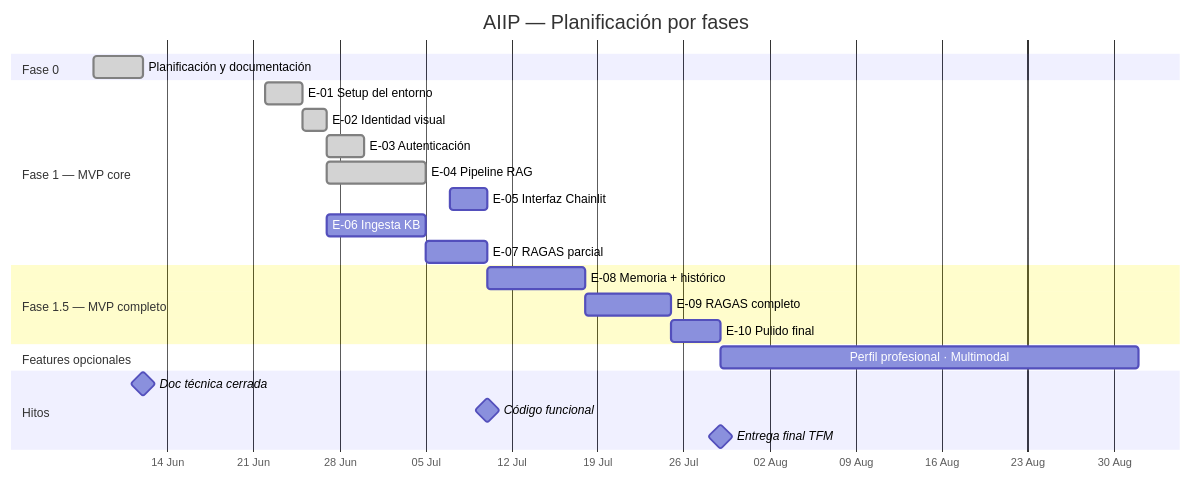
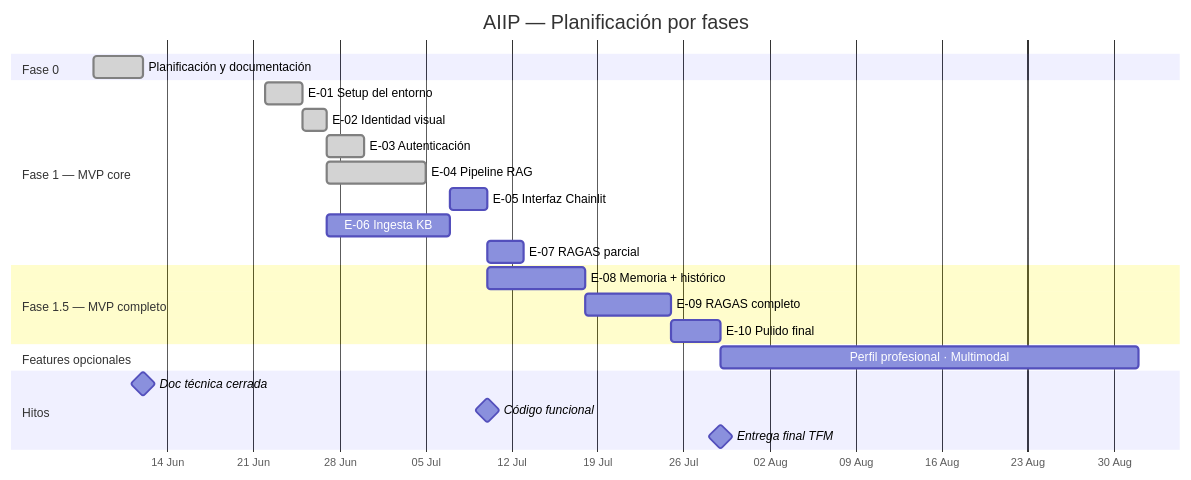
Before and after one commit to mimpho/aiip: the diagram in README.md, drawn with Mermaid. The commit also changed other lines of this file and 17 other files, not shown here.

````diff
--- a/README.md
+++ b/README.md
@@ -60,31 +60,31 @@
 ```mermaid
 gantt
     title AIIP — Planificación por fases
     dateFormat  YYYY-MM-DD
     axisFormat  %d %b
 
     section Fase 0
     Planificación y documentación     :done,    f0, 2026-06-08, 2026-06-12
 
     section Fase 1 — MVP core
     E-01 Setup del entorno            :done,    e01, 2026-06-22, 2026-06-25
     E-02 Identidad visual             :done,    e02, 2026-06-25, 2026-06-27
     E-03 Autenticación                :done,    e03, 2026-06-27, 2026-06-30
     E-04 Pipeline RAG                 :done,    e04, 2026-06-27, 2026-07-05
     E-05 Interfaz Chainlit            :         e05, 2026-07-07, 2026-07-10
-    E-06 Ingesta KB                   :         e06, 2026-06-27, 2026-07-05
-    E-07 RAGAS parcial                :         e07, 2026-07-05, 2026-07-10
+    E-06 Ingesta KB                   :         e06, 2026-06-27, 2026-07-07
+    E-07 RAGAS parcial                :         e07, 2026-07-10, 2026-07-13
 
     section Fase 1.5 — MVP completo
     E-08 Memoria + histórico          :         e08, 2026-07-10, 2026-07-18
     E-09 RAGAS completo               :         e09, 2026-07-18, 2026-07-25
     E-10 Pulido final                 :         e10, 2026-07-25, 2026-07-29
 
     section Features opcionales
     Perfil profesional · Multimodal   :         fo, 2026-07-29, 2026-09-01
 
     section Hitos
     Doc técnica cerrada               :milestone, 2026-06-12, 0d
     Código funcional                  :milestone, 2026-07-10, 0d
     Entrega final TFM                 :milestone, 2026-07-29, 0d
 ```
````
